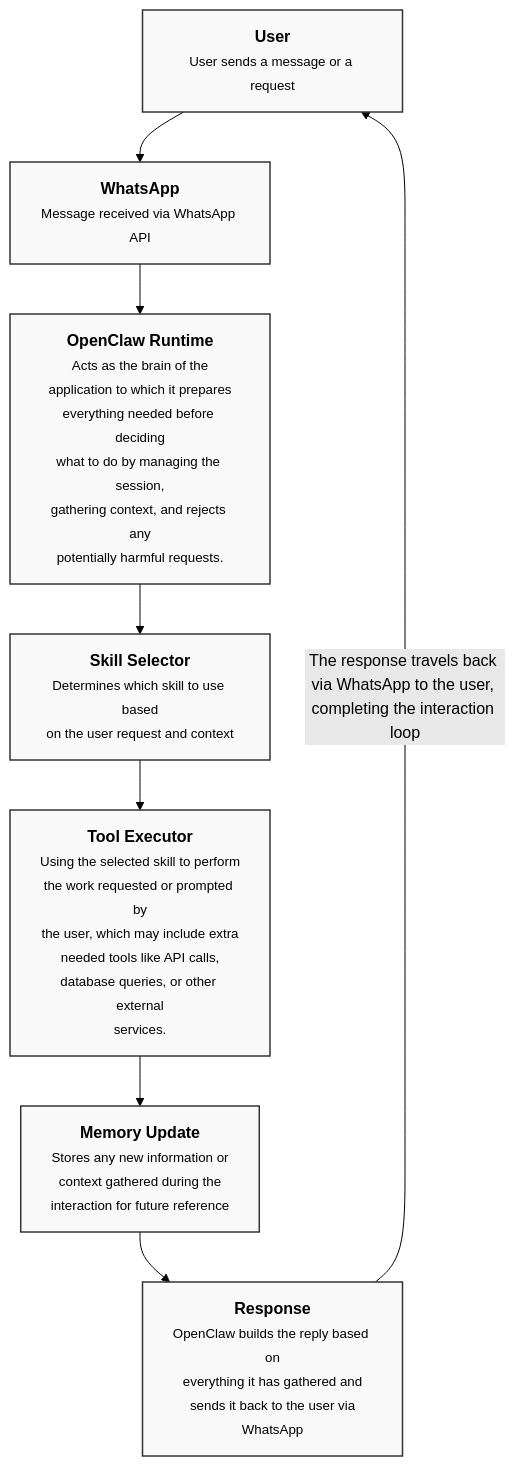
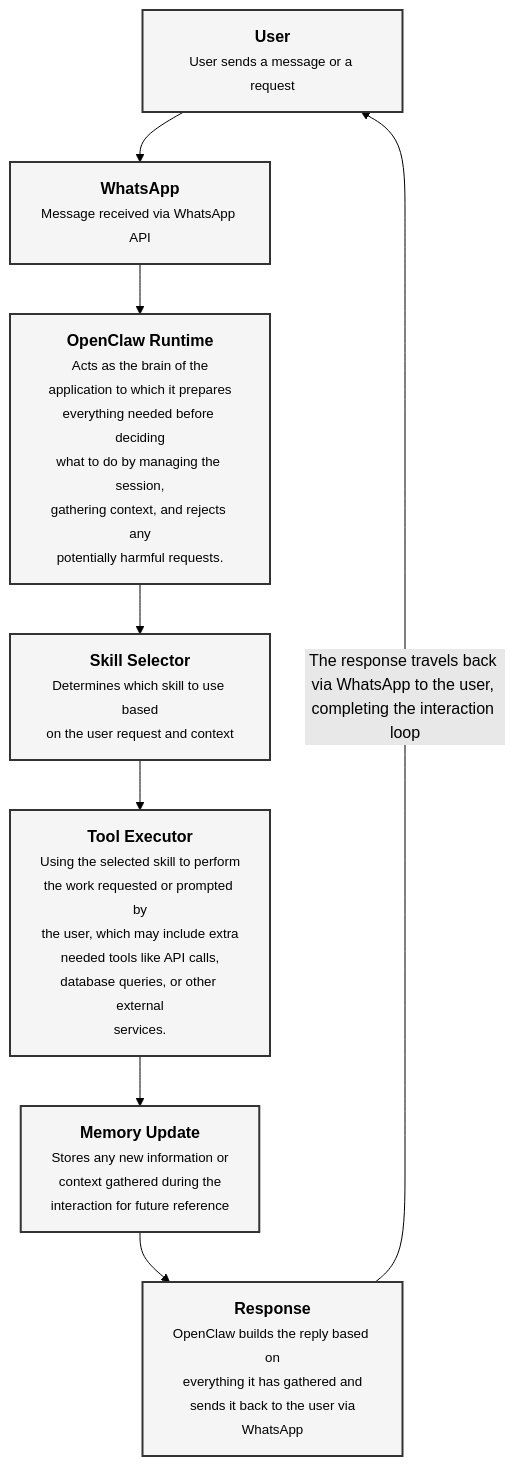
Before and after one commit to mayabernstein/idx-exchange-agentic-ai-engineer: the diagram in Agentic_AI_Engineer/charts/flowchart.md, drawn with Mermaid (forest theme).

Commit message:
see flowchart render

````diff
--- a/Agentic_AI_Engineer/charts/flowchart.md
+++ b/Agentic_AI_Engineer/charts/flowchart.md
@@ -4,22 +4,24 @@
 ```mermaid
 flowchart TD
 
     1["<b>User</b><br/><small>User sends a message or a request</small>"]
     2["<b>WhatsApp</b><br/><small>Message received via WhatsApp API</small>"]
     3["<b>OpenClaw Runtime</b><br/><small>Acts as the brain of the<br/>application to which it prepares<br/>everything needed before deciding<br/>what to do by managing the session,<br/>gathering context, and rejects any<br/>potentially harmful requests.</small>"]
     4["<b>Skill Selector</b><br/><small>Determines which skill to use based<br/>on the user request and context</small>"]
     5["<b>Tool Executor</b><br/><small>Using the selected skill to perform<br/>the work requested or prompted by<br/>the user, which may include extra<br/>needed tools like API calls,<br/>database queries, or other external<br/>services.</small>"]
     6["<b>Memory Update</b><br/><small>Stores any new information or<br/>context gathered during the<br/>interaction for future reference</small>"]
     7["<b>Response</b><br/><small>OpenClaw builds the reply based on<br/>everything it has gathered and<br/>sends it back to the user via<br/>WhatsApp</small>"]
 
     1 --> 2
     2 --> 3
     3 --> 4
     4 --> 5
     5 --> 6
     6 --> 7
     7 -->|The response travels back via WhatsApp to the user, completing the interaction loop| 1
 
-classDef default fill:#f9f9f9,stroke:#333,stroke-width:1.5px;
+
+%% Default node style
+classDef default fill:#F5F5F5,stroke:#333333,stroke-width:2px,color:#000000;
 
 ```
````
